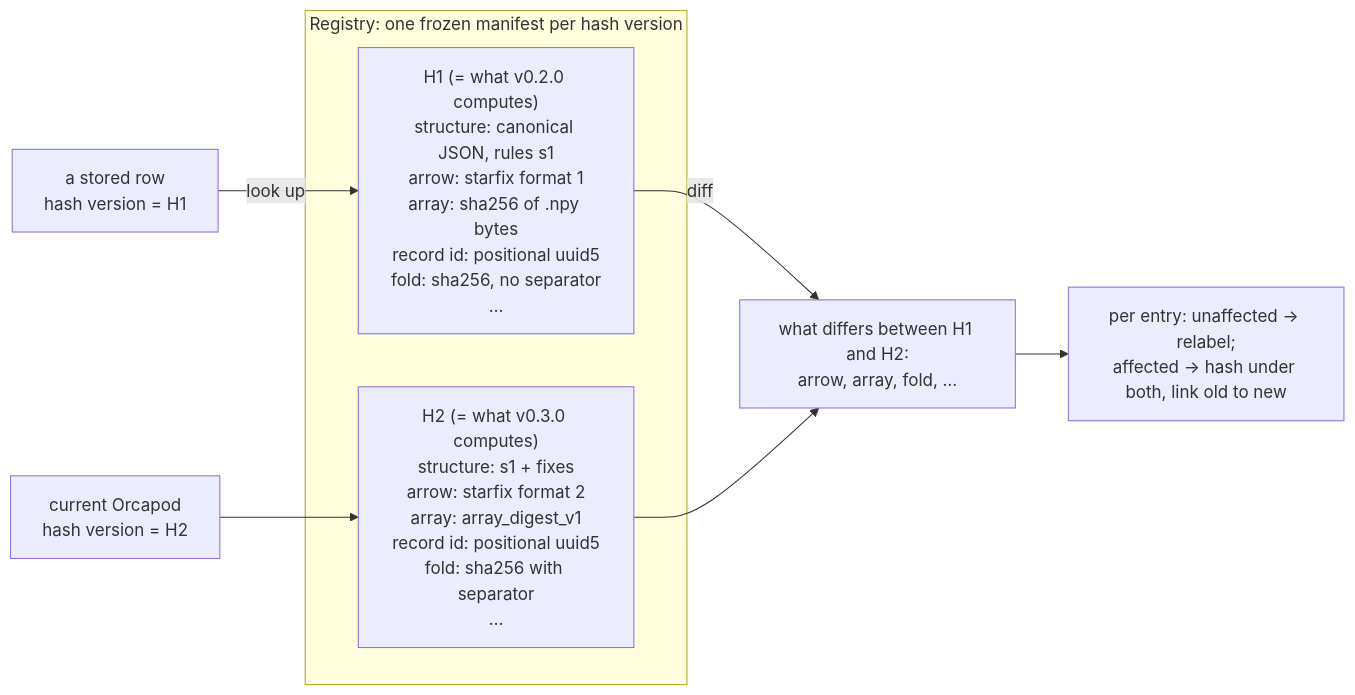
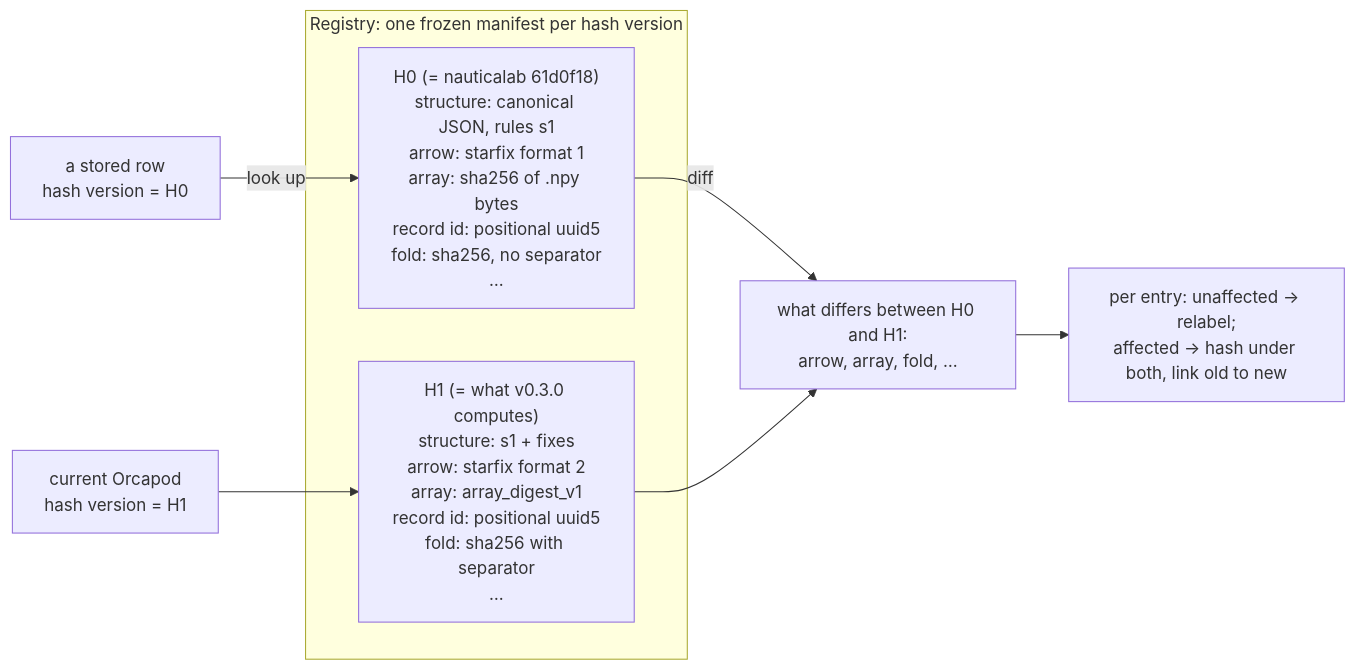
Before and after one commit to metamorphic-labs/orcapod-python: the fifth of 5 diagrams in superpowers/specs/2026-11-11-itl-938-versioning-system-design.md, drawn with Mermaid. The commit also changed other lines of this file, not shown here.

First line of the commit message:
docs(specs): ITL-938 number the hash version H0 (nauticalab 61d0f18) and H1 (v0.3.0); correct the v0.2.0 baseline statement

````diff
--- a/superpowers/specs/2026-11-11-itl-938-versioning-system-design.md
+++ b/superpowers/specs/2026-11-11-itl-938-versioning-system-design.md
@@ -929,12 +943,12 @@
 ```mermaid
 flowchart LR
     subgraph REG["Registry: one frozen manifest per hash version"]
-        M1["H1 (= what v0.2.0 computes)<br/>structure: canonical JSON, rules s1<br/>arrow: starfix format 1<br/>array: sha256 of .npy bytes<br/>record id: positional uuid5<br/>fold: sha256, no separator<br/>…"]
-        M2["H2 (= what v0.3.0 computes)<br/>structure: s1 + fixes<br/>arrow: starfix format 2<br/>array: array_digest_v1<br/>record id: positional uuid5<br/>fold: sha256 with separator<br/>…"]
+        M1["H0 (= nauticalab 61d0f18)<br/>structure: canonical JSON, rules s1<br/>arrow: starfix format 1<br/>array: sha256 of .npy bytes<br/>record id: positional uuid5<br/>fold: sha256, no separator<br/>…"]
+        M2["H1 (= what v0.3.0 computes)<br/>structure: s1 + fixes<br/>arrow: starfix format 2<br/>array: array_digest_v1<br/>record id: positional uuid5<br/>fold: sha256 with separator<br/>…"]
     end
-    ROW["a stored row<br/>hash version = H1"] -->|"look up"| M1
-    CUR["current Orcapod<br/>hash version = H2"] --> M2
-    M1 -->|"diff"| D["what differs between H1 and H2:<br/>arrow, array, fold, …"]
+    ROW["a stored row<br/>hash version = H0"] -->|"look up"| M1
+    CUR["current Orcapod<br/>hash version = H1"] --> M2
+    M1 -->|"diff"| D["what differs between H0 and H1:<br/>arrow, array, fold, …"]
     M2 --> D
     D --> PLAN["per entry: unaffected -> relabel;<br/>affected -> hash under both, link old to new"]
 ```
````
